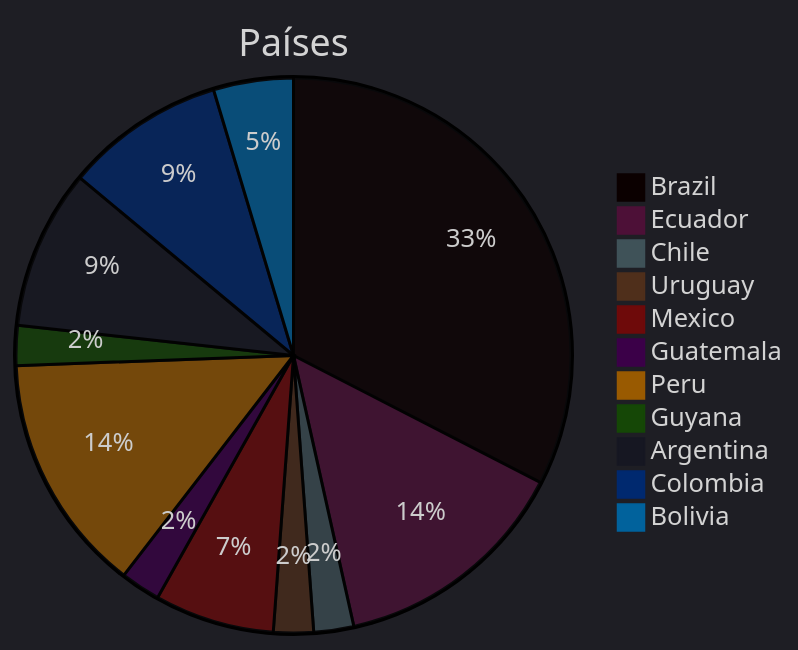
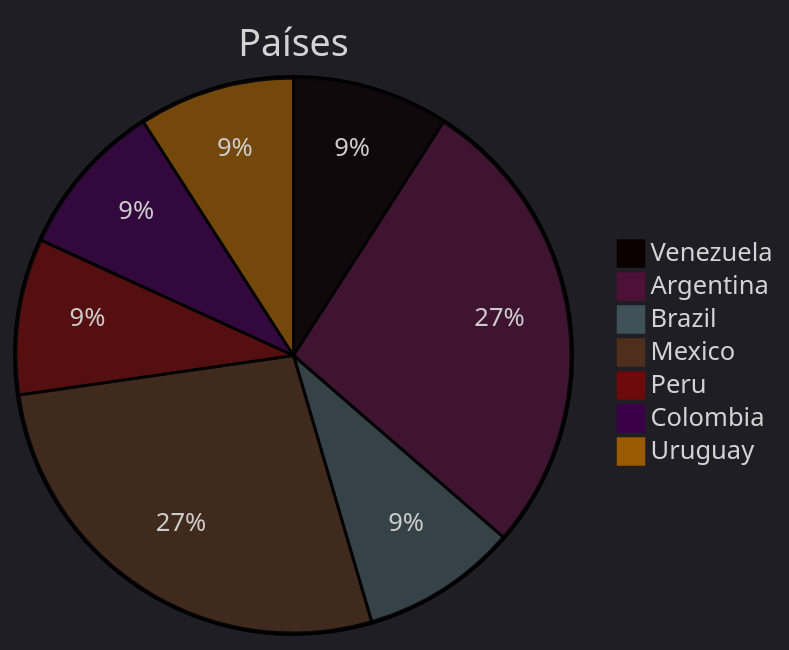
The first of 5 diagrams in exfiltradaz.md (ZoqueLabs/website), drawn with Mermaid before and after one commit. The commit also changed other lines of this file, not shown here.

````diff
--- a/exfiltradaz.md
+++ b/exfiltradaz.md
@@ -55,18 +39,14 @@
 ```mermaid
 ---
 config:
   theme: dark
 ---
 pie title Países
-  "Brazil" : 14
-  "Ecuador" : 6
-  "Chile" : 1
+  "Venezuela" : 1
+  "Argentina" : 3
+  "Brazil" : 1
+  "Mexico" : 3
+  "Peru" : 1
+  "Colombia" : 1
   "Uruguay" : 1
-  "Mexico" : 3
-  "Guatemala" : 1
-  "Peru" : 6
-  "Guyana" : 1
-  "Argentina" : 4
-  "Colombia" : 4
-  "Bolivia" : 2
 ```
````
